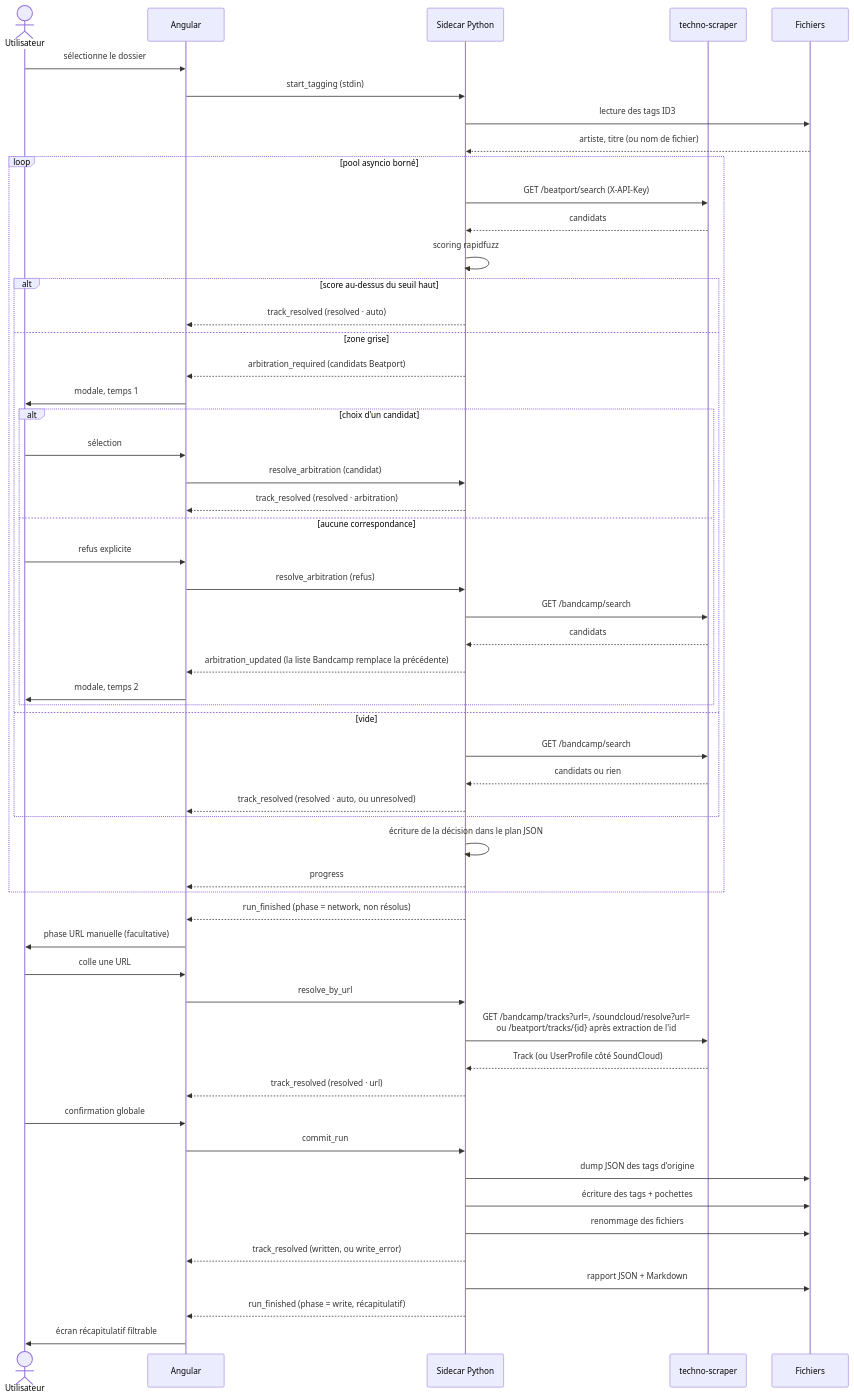
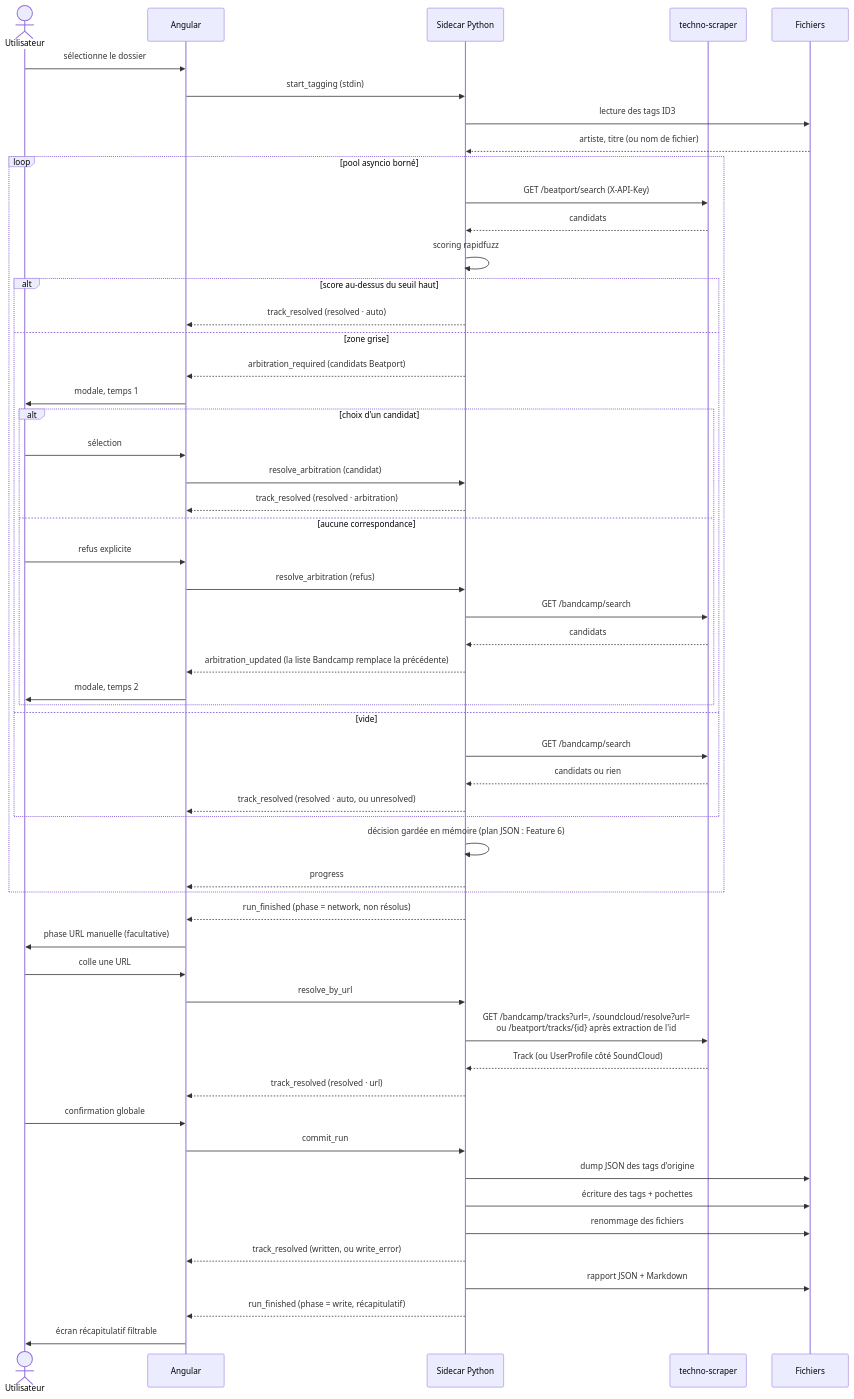
One commit to thibaud57/techno-tagger changed the fourth of 5 diagrams in docs/ARCHITECTURE.md. Above: the diagram before and after it, drawn with Mermaid. The commit also changed other lines of this file and 150 other files, not shown here.

````diff
--- a/docs/ARCHITECTURE.md
+++ b/docs/ARCHITECTURE.md
@@ -573,61 +600,61 @@
 ```mermaid
 sequenceDiagram
     actor U as Utilisateur
     participant UI as Angular
     participant S as Sidecar Python
     participant API as techno-scraper
     participant FS as Fichiers
 
     U->>UI: sélectionne le dossier
     UI->>S: start_tagging (stdin)
     S->>FS: lecture des tags ID3
     FS-->>S: artiste, titre (ou nom de fichier)
 
     loop pool asyncio borné
         S->>API: GET /beatport/search (X-API-Key)
         API-->>S: candidats
         S->>S: scoring rapidfuzz
         alt score au-dessus du seuil haut
             S-->>UI: track_resolved (resolved · auto)
         else zone grise
             S-->>UI: arbitration_required (candidats Beatport)
             UI->>U: modale, temps 1
             alt choix d'un candidat
                 U->>UI: sélection
                 UI->>S: resolve_arbitration (candidat)
                 S-->>UI: track_resolved (resolved · arbitration)
             else aucune correspondance
                 U->>UI: refus explicite
                 UI->>S: resolve_arbitration (refus)
                 S->>API: GET /bandcamp/search
                 API-->>S: candidats
                 S-->>UI: arbitration_updated (la liste Bandcamp remplace la précédente)
                 UI->>U: modale, temps 2
             end
         else vide
             S->>API: GET /bandcamp/search
             API-->>S: candidats ou rien
             S-->>UI: track_resolved (resolved · auto, ou unresolved)
         end
-        S->>S: écriture de la décision dans le plan JSON
+        S->>S: décision gardée en mémoire (plan JSON : Feature 6)
         S-->>UI: progress
     end
 
     S-->>UI: run_finished (phase = network, non résolus)
     UI->>U: phase URL manuelle (facultative)
     U->>UI: colle une URL
     UI->>S: resolve_by_url
     S->>API: GET /bandcamp/tracks?url=, /soundcloud/resolve?url=<br/>ou /beatport/tracks/{id} après extraction de l'id
     API-->>S: Track (ou UserProfile côté SoundCloud)
     S-->>UI: track_resolved (resolved · url)
 
     U->>UI: confirmation globale
     UI->>S: commit_run
     S->>FS: dump JSON des tags d'origine
     S->>FS: écriture des tags + pochettes
     S->>FS: renommage des fichiers
     S-->>UI: track_resolved (written, ou write_error)
     S->>FS: rapport JSON + Markdown
     S-->>UI: run_finished (phase = write, récapitulatif)
     UI->>U: écran récapitulatif filtrable
 ```
````
